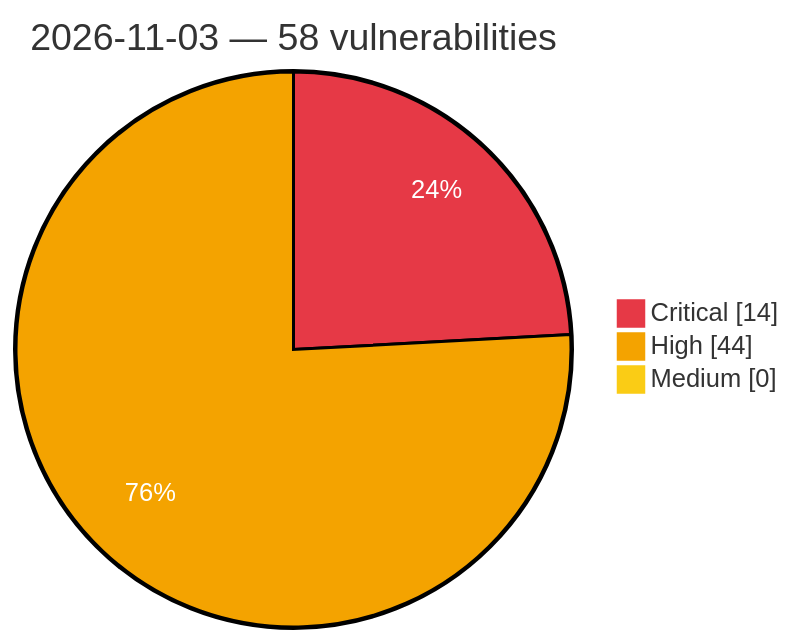
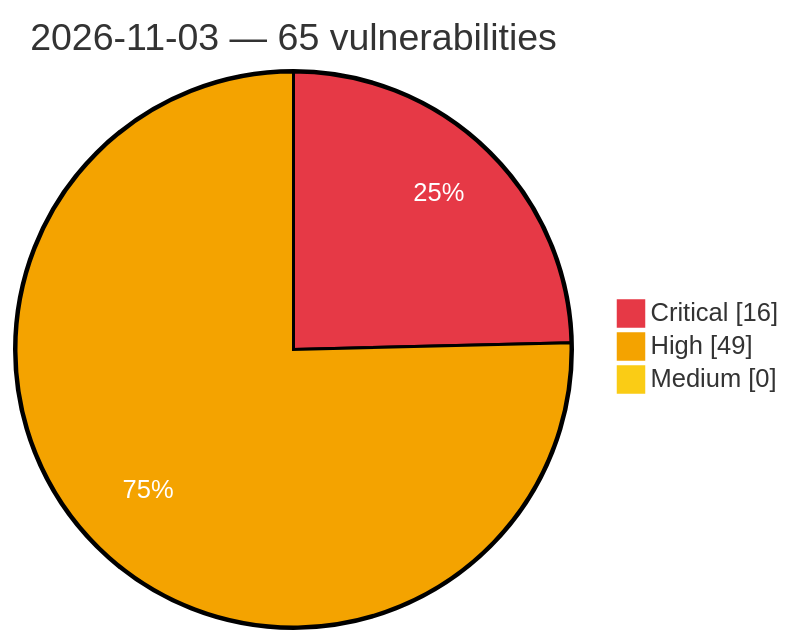
The diagram in vulnerabilities/2026/November/2026-11-03.md (GhostX0X/vuln-tracker), drawn with Mermaid before and after one commit. The commit also changed other lines of this file and 8 other files, not shown here.

Commit message:
Auto update: critical/high vulns (2026-11-04 02:22 UTC)

````diff
--- a/vulnerabilities/2026/November/2026-11-03.md
+++ b/vulnerabilities/2026/November/2026-11-03.md
@@ -3,8 +3,8 @@
 ```mermaid
 %%{init: {'theme':'base', 'themeVariables': {'pie1':'#e63946', 'pie2':'#f4a300', 'pie3':'#facc15', 'pieOpacity':'1', 'pieOuterStrokeWidth':'2px', 'pieSectionTextColor':'#ffffff'}}}%%
 pie showData
-    title 2026-11-03 — 58 vulnerabilities
-    "Critical" : 14
-    "High" : 44
+    title 2026-11-03 — 65 vulnerabilities
+    "Critical" : 16
+    "High" : 49
     "Medium" : 0
 ```
````
